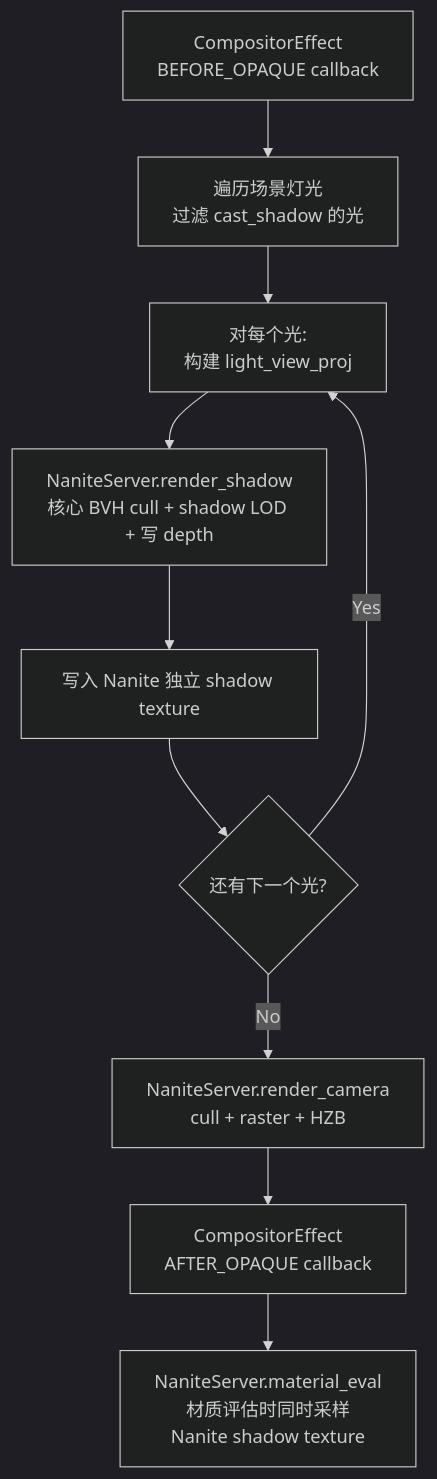
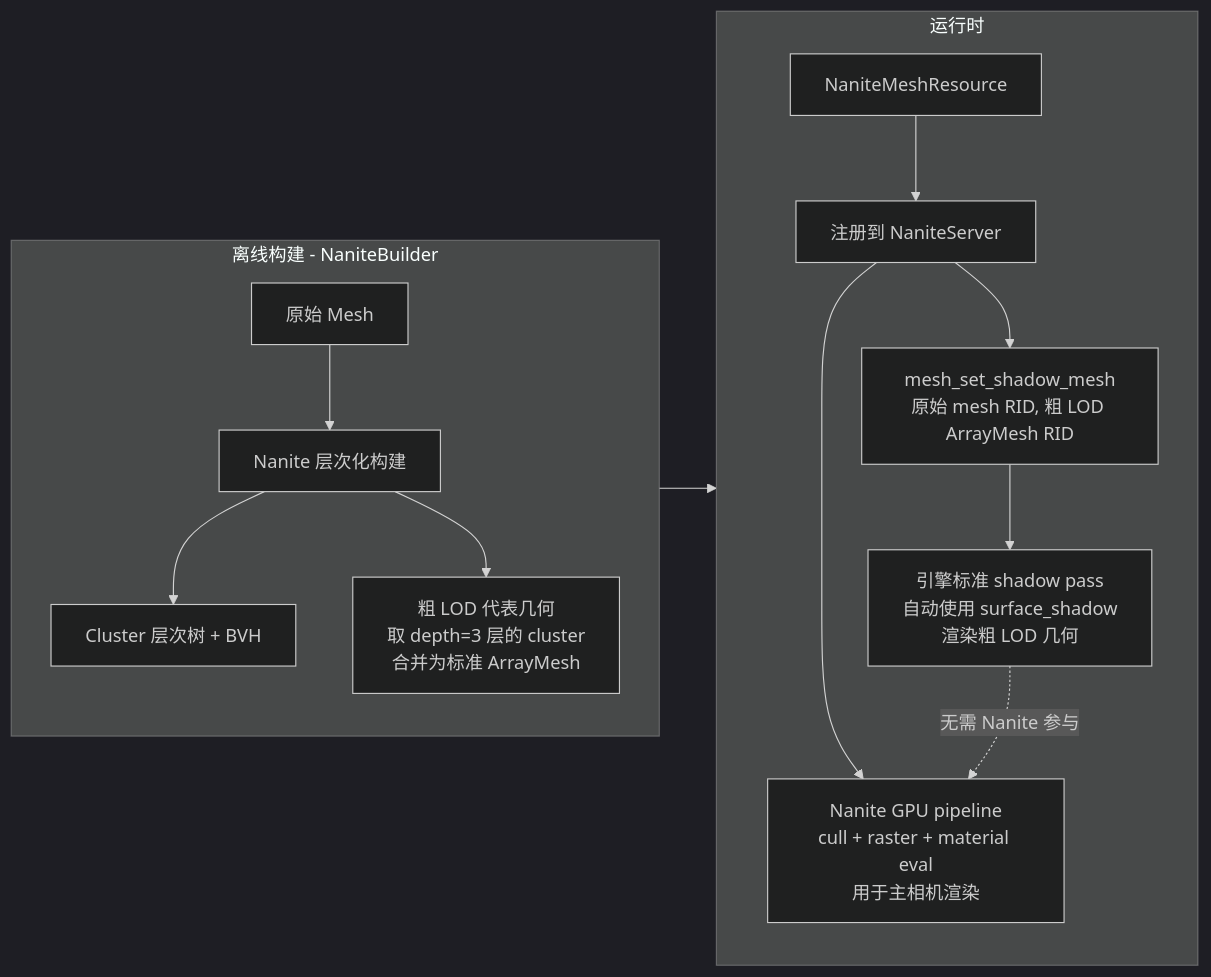
Before and after one commit to alonecat06/godot: diagram 31 of 31 in sourcecode_analysis/nanite-godot-design.md, drawn with Mermaid (dark theme). The commit also changed other lines of this file, not shown here.

First line of the commit message:
docs: redesign section 9.16 - shadow via mesh_set_shadow_mesh

````diff
--- a/sourcecode_analysis/nanite-godot-design.md
+++ b/sourcecode_analysis/nanite-godot-design.md
@@ -3134,12 +3156,18 @@
 ```mermaid
-flowchart TD
-    BOP[CompositorEffect<br/>BEFORE_OPAQUE callback] --> S1[遍历场景灯光<br/>过滤 cast_shadow 的光]
-    S1 --> S2[对每个光:<br/>构建 light_view_proj]
-    S2 --> S3[NaniteServer.render_shadow<br/>核心 BVH cull + shadow LOD + 写 depth]
-    S3 --> S4[写入 Nanite 独立 shadow texture]
-    S4 --> S5{还有下一个光?}
-    S5 -- Yes --> S2
-    S5 -- No --> S6[NaniteServer.render_camera<br/>cull + raster + HZB]
-    S6 --> AOP[CompositorEffect<br/>AFTER_OPAQUE callback]
-    AOP --> S7[NaniteServer.material_eval<br/>材质评估时同时采样<br/>Nanite shadow texture]
+flowchart LR
+    subgraph Offline["离线构建 - NaniteBuilder"]
+        BM[原始 Mesh] --> Build[Nanite 层次化构建]
+        Build --> CL[Cluster 层次树 + BVH]
+        Build --> SM[粗 LOD 代表几何<br/>取 depth=3 层的 cluster<br/>合并为标准 ArrayMesh]
+    end
+
+    subgraph Runtime["运行时"]
+        NMR[NaniteMeshResource] --> Register[注册到 NaniteServer]
+        Register --> SetShadow[mesh_set_shadow_mesh<br/>原始 mesh RID, 粗 LOD ArrayMesh RID]
+        SetShadow --> NormalShadow[引擎标准 shadow pass<br/>自动使用 surface_shadow<br/>渲染粗 LOD 几何]
+        Register --> GPURender[Nanite GPU pipeline<br/>cull + raster + material eval<br/>用于主相机渲染]
+    end
+
+    Offline --> Runtime
+    NormalShadow -. 无需 Nanite 参与 .-> GPURender
 ```
````
